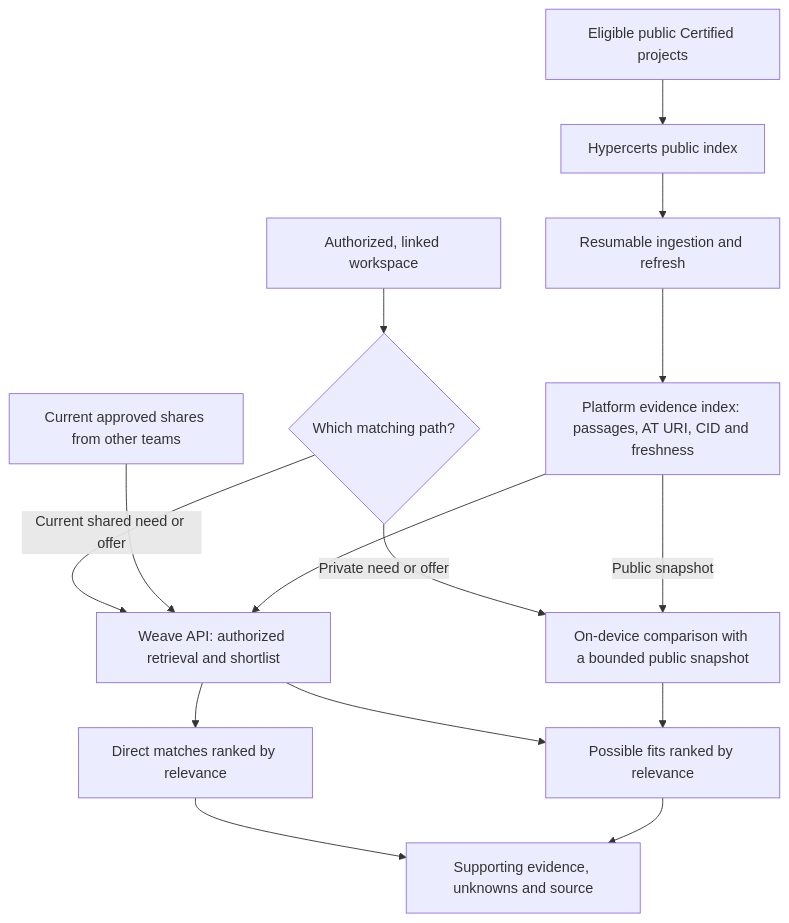
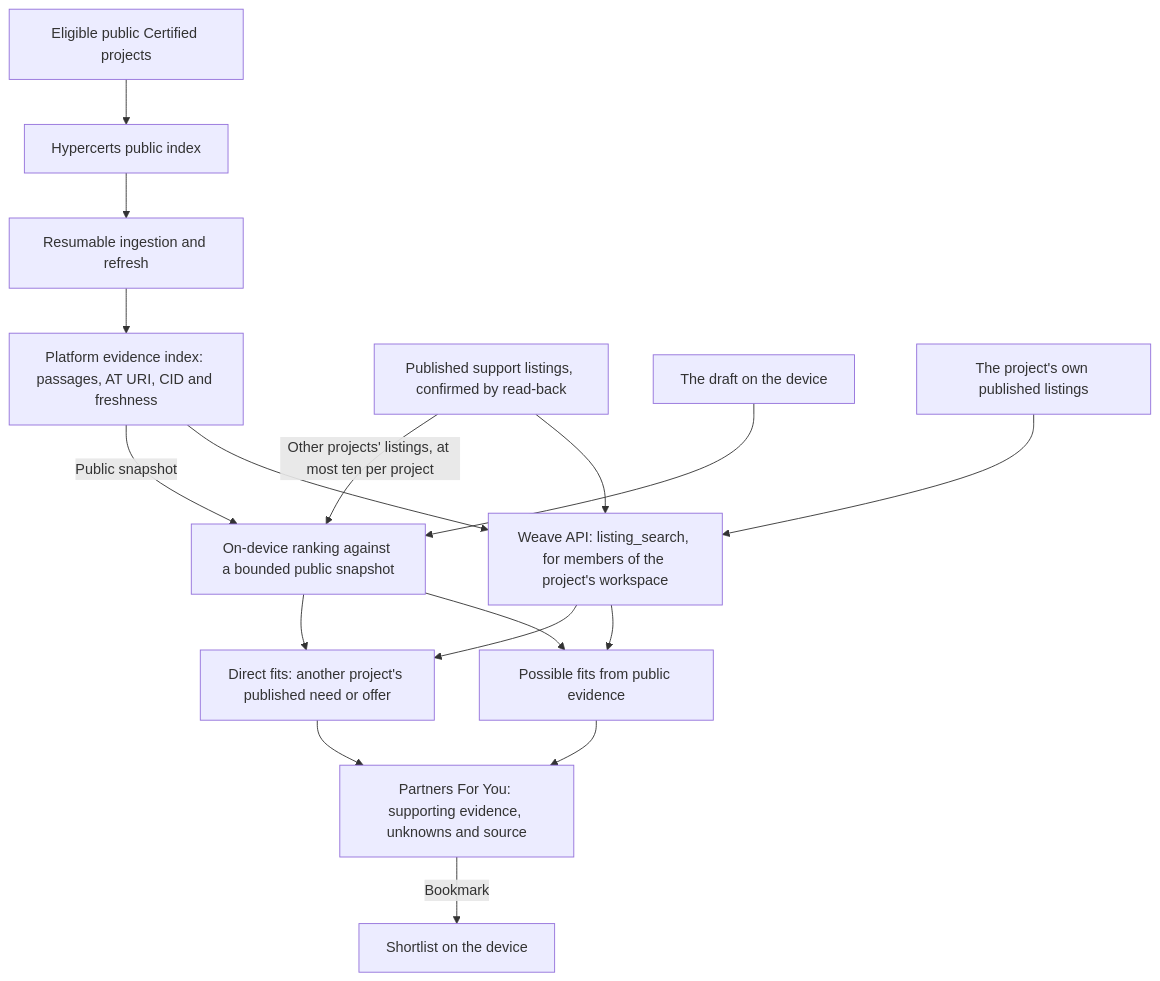
The third of 10 diagrams in docs/platform/03-logical-architecture.md (regen-commons/weave), drawn with Mermaid before and after one commit. The commit also changed other lines of this file and 6 other files, not shown here.

````diff
--- a/docs/platform/03-logical-architecture.md
+++ b/docs/platform/03-logical-architecture.md
@@ -107,17 +121,20 @@
 ```mermaid
 flowchart TB
   upstream["Eligible public Certified projects"] --> feed["Hypercerts public index"]
   feed --> jobs["Resumable ingestion and refresh"]
   jobs --> evidence["Platform evidence index: passages, AT URI, CID and freshness"]
-  linked["Authorized, linked workspace"] --> query{"Which matching path?"}
-  query -->|"Private need or offer"| local["On-device comparison with a bounded public snapshot"]
+  listings["Published support listings, confirmed by read-back"]
+  draft["The draft on the device"] --> local["On-device ranking against a bounded public snapshot"]
   evidence -->|"Public snapshot"| local
-  query -->|"Current shared need or offer"| matcher["Weave API: authorized retrieval and shortlist"]
-  shares["Current approved shares from other teams"] --> matcher
+  listings -->|"Other projects' listings, at most ten per project"| local
+  own["The project's own published listings"] --> matcher["Weave API: listing_search, for members of the project's workspace"]
+  listings --> matcher
   evidence --> matcher
-  matcher --> direct["Direct matches ranked by relevance"]
-  matcher --> possible["Possible fits ranked by relevance"]
-  local --> possible
-  direct --> result["Supporting evidence, unknowns and source"]
+  local --> direct["Direct fits: another project's published need or offer"]
+  local --> possible["Possible fits from public evidence"]
+  matcher --> direct
+  matcher --> possible
+  direct --> result["Partners For You: supporting evidence, unknowns and source"]
   possible --> result
+  result -->|"Bookmark"| shortlist["Shortlist on the device"]
 ```
````
